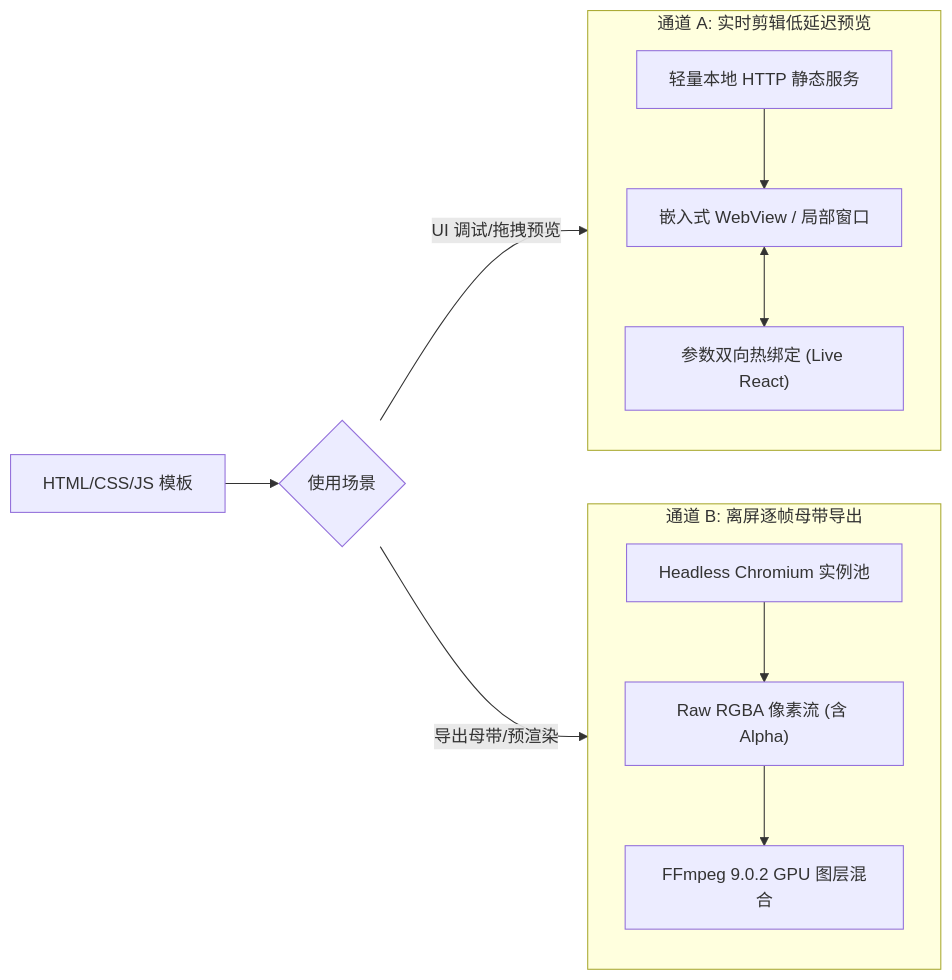
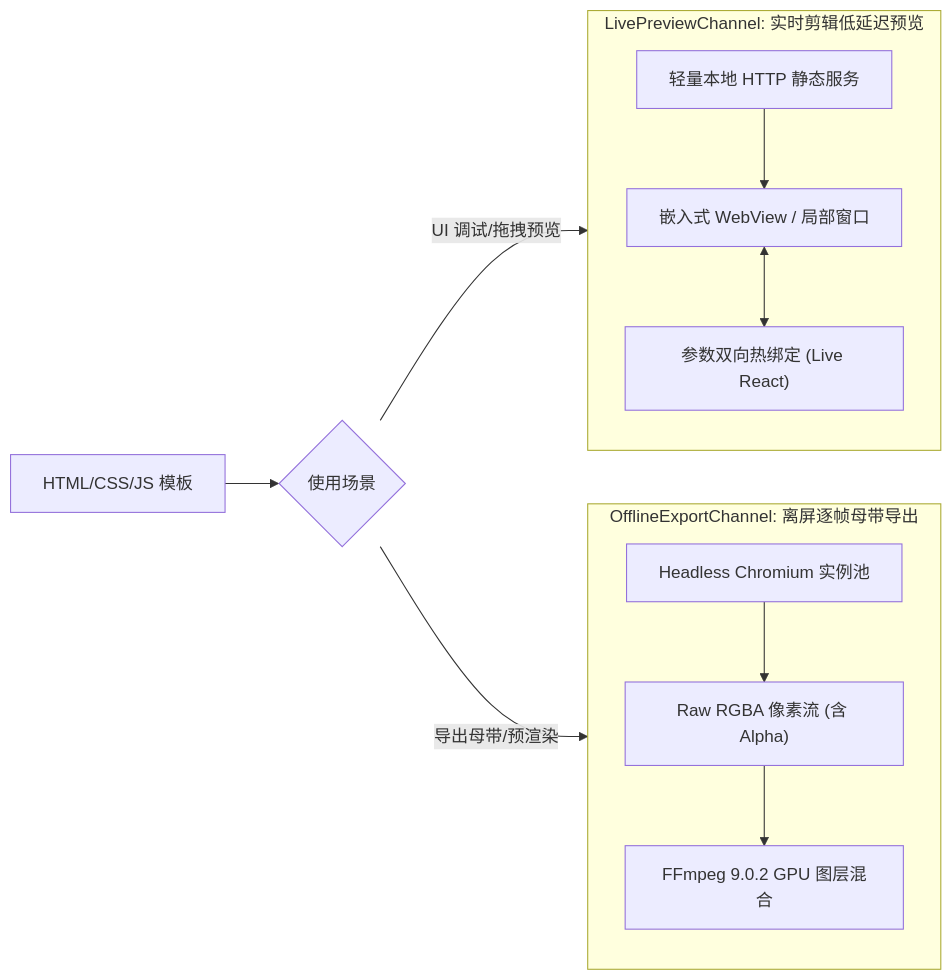
The second of 2 diagrams in docs/hyperframes-spec.md (qiuku2022/ClipFlow), drawn with Mermaid before and after one commit. The commit also changed other lines of this file and 15 other files, not shown here.

````diff
--- a/docs/hyperframes-spec.md
+++ b/docs/hyperframes-spec.md
@@ -219,21 +222,21 @@
 ```mermaid
 flowchart LR
     TemplateSrc["HTML/CSS/JS 模板"] --> SwitchMode{使用场景}
 
-    subgraph Channel_Preview ["通道 A: 实时剪辑低延迟预览"]
+    subgraph Channel_Preview ["LivePreviewChannel: 实时剪辑低延迟预览"]
         WebviewServer["轻量本地 HTTP 静态服务"]
         WebviewPreview["嵌入式 WebView / 局部窗口"]
         ParamsLive["参数双向热绑定 (Live React)"]
         WebviewServer --> WebviewPreview <--> ParamsLive
     end
 
-    subgraph Channel_Export ["通道 B: 离屏逐帧母带导出"]
+    subgraph Channel_Export ["OfflineExportChannel: 离屏逐帧母带导出"]
         HeadlessCluster["Headless Chromium 实例池"]
         RGBA_Stream["Raw RGBA 像素流 (含 Alpha)"]
         FFmpegMux["FFmpeg 9.0.2 GPU 图层混合"]
         HeadlessCluster --> RGBA_Stream --> FFmpegMux
     end
 
     SwitchMode -->|UI 调试/拖拽预览| Channel_Preview
     SwitchMode -->|导出母带/预渲染| Channel_Export
 ```
````
